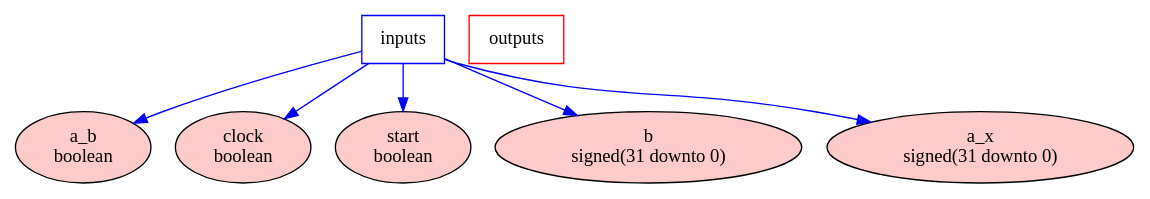
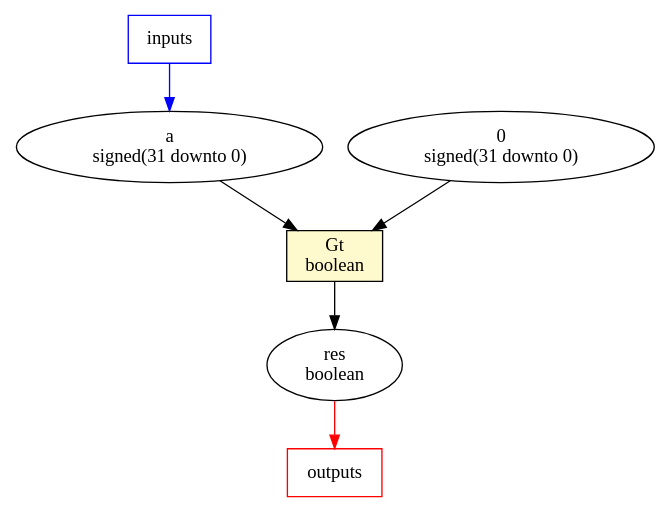
One commit to BaptP/Whiley2VHDLCompiler changed the diagram in running/gr.dot. Above: the diagram before and after it, drawn with Graphviz. The commit also changed 6 other files, not shown here.

```diff
--- a/running/gr.dot
+++ b/running/gr.dot
@@ -1,39 +1,14 @@
 digraph {
-subgraph clouster_0{
-label = FunctionBlock;
-color=blue;
-subgraph clouster_1{
-label = ComputationBlock;
-color=blue;
-subgraph clouster_2{
-label = GraphBlock;
-color=blue;
-  n1 [label="a_b\nboolean", style=filled, fillcolor="0.0 0.2 0.999"];
-  n2 [label="clock\nboolean", style=filled, fillcolor="0.0 0.2 0.999"];
-  n3 [label="start\nboolean", style=filled, fillcolor="0.0 0.2 0.999"];
-  n4 [label="b\nsigned(31 downto 0)", style=filled, fillcolor="0.0 0.2 0.999"];
-  n5 [label="a_x\nsigned(31 downto 0)", style=filled, fillcolor="0.0 0.2 0.999"];
-}
-}
-subgraph clouster_3{
-label = ComputationBlock;
-color=blue;
-}
-subgraph clouster_4{
-label = ComputationBlock;
-color=blue;
-subgraph clouster_5{
-label = GraphBlock;
-color=blue;
-}
-}
-}
   inp [label="inputs",color=blue,shape=box];
+  n1 [label="Gt\nboolean",shape="rectangle",style=filled,fillcolor=lemonchiffon];
+  n2 [label="res\nboolean"];
+  n3 [label="a\nsigned(31 downto 0)"];
+  n4 [label="0\nsigned(31 downto 0)"];
   out [label="outputs",color=red,shape=box];
 
-  inp -> n2 [color=blue];
   inp -> n3 [color=blue];
-  inp -> n1 [color=blue];
-  inp -> n5 [color=blue];
-  inp -> n4 [color=blue];
+  n1 -> n2[label=""];
+  n3 -> n1[label=""];
+  n4 -> n1[label=""];
+  n2 -> out [color=red];
 }
```
